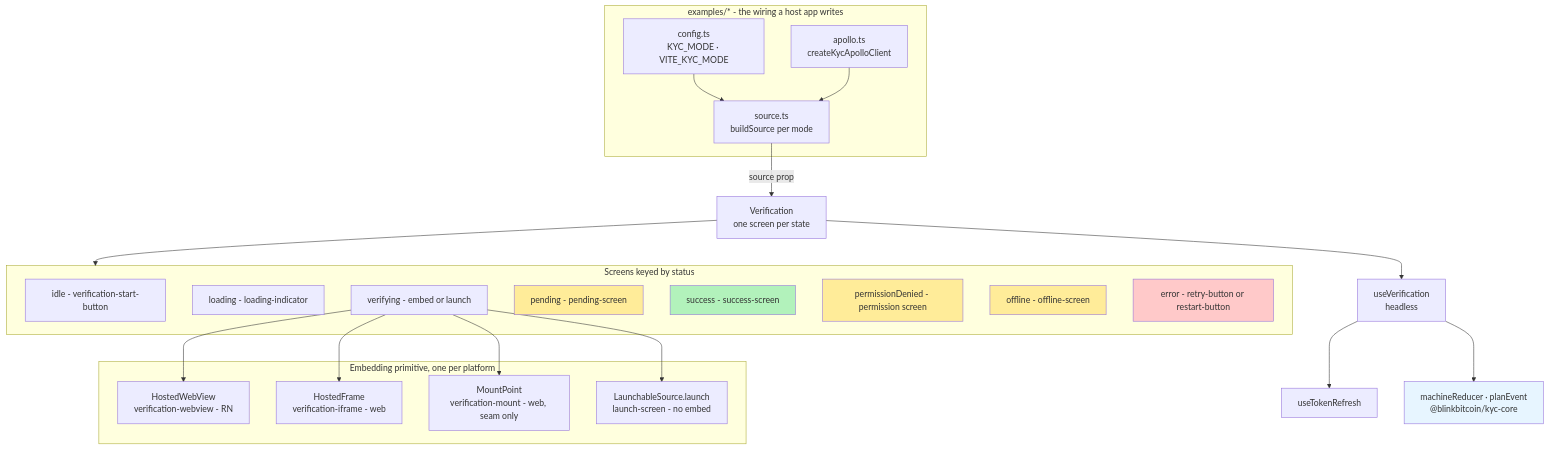
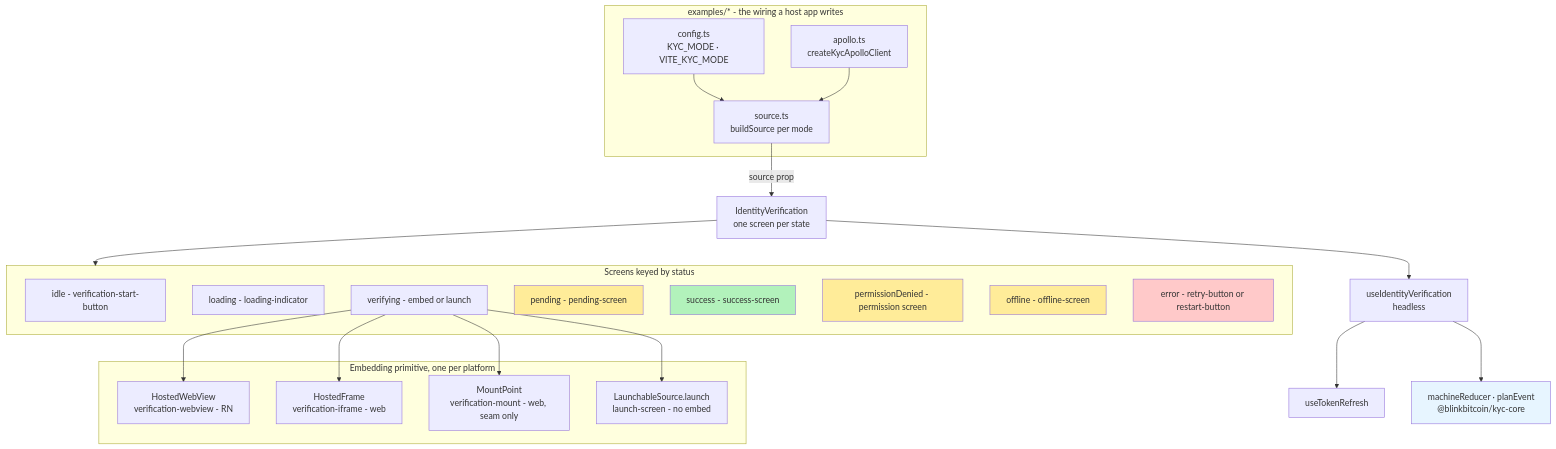
The diagram in docs/diagrams/src/component-hierarchy.mmd (blinkbitcoin/kyc), drawn with Mermaid before and after one commit. The commit also changed 37 other files, not shown here.

First line of the commit message:
docs: the component is IdentityVerification everywhere, and a hero that shows identity verification

```diff
--- a/docs/diagrams/src/component-hierarchy.mmd
+++ b/docs/diagrams/src/component-hierarchy.mmd
@@ -1,45 +1,45 @@
 flowchart TB
     subgraph Host["examples/* - the wiring a host app writes"]
         CFG[config.ts<br/>KYC_MODE · VITE_KYC_MODE]
         APOLLO[apollo.ts<br/>createKycApolloClient]
         SRCF[source.ts<br/>buildSource per mode]
     end
 
-    VER[Verification<br/>one screen per state]
-    HOOK[useVerification<br/>headless]
+    VER[IdentityVerification<br/>one screen per state]
+    HOOK[useIdentityVerification<br/>headless]
     TOK[useTokenRefresh]
     MACHINE[machineReducer · planEvent<br/>@blinkbitcoin/kyc-core]
 
     subgraph Screens["Screens keyed by status"]
         S1[idle - verification-start-button]
         S2[loading - loading-indicator]
         S3[verifying - embed or launch]
         S4[pending - pending-screen]
         S5[success - success-screen]
         S6[permissionDenied - permission screen]
         S7[offline - offline-screen]
         S8[error - retry-button or restart-button]
     end
 
     subgraph Embed["Embedding primitive, one per platform"]
         WV[HostedWebView<br/>verification-webview - RN]
         IFR[HostedFrame<br/>verification-iframe - web]
         MP[MountPoint<br/>verification-mount - web, seam only]
         LNCH[LaunchableSource.launch<br/>launch-screen - no embed]
     end
 
     CFG --> SRCF
     APOLLO --> SRCF
     SRCF -- "source prop" --> VER
     VER --> HOOK
     HOOK --> MACHINE
     HOOK --> TOK
     VER --> Screens
     S3 --> WV & IFR & MP & LNCH
 
     style MACHINE fill:#e7f5ff
     style S5 fill:#b2f2bb
     style S8 fill:#ffc9c9
     style S4 fill:#ffec99
     style S6 fill:#ffec99
     style S7 fill:#ffec99
```
